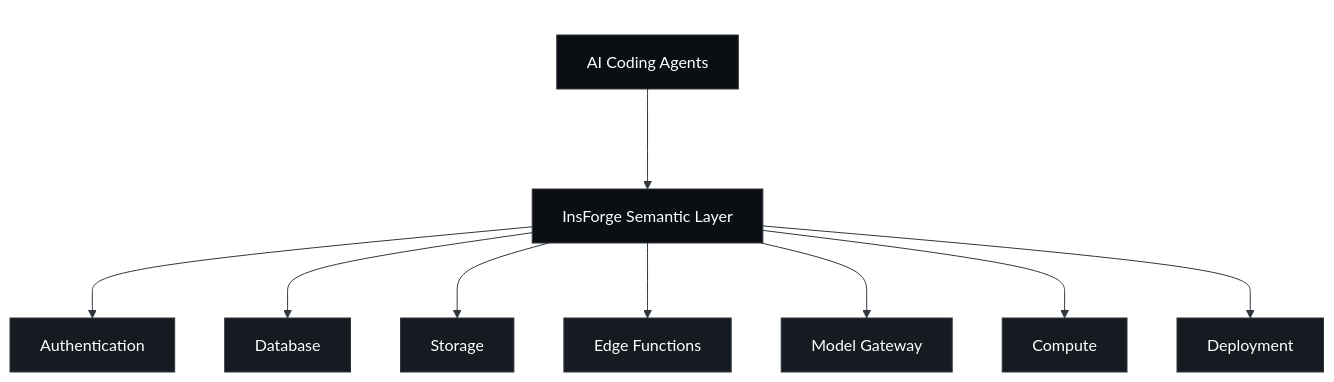
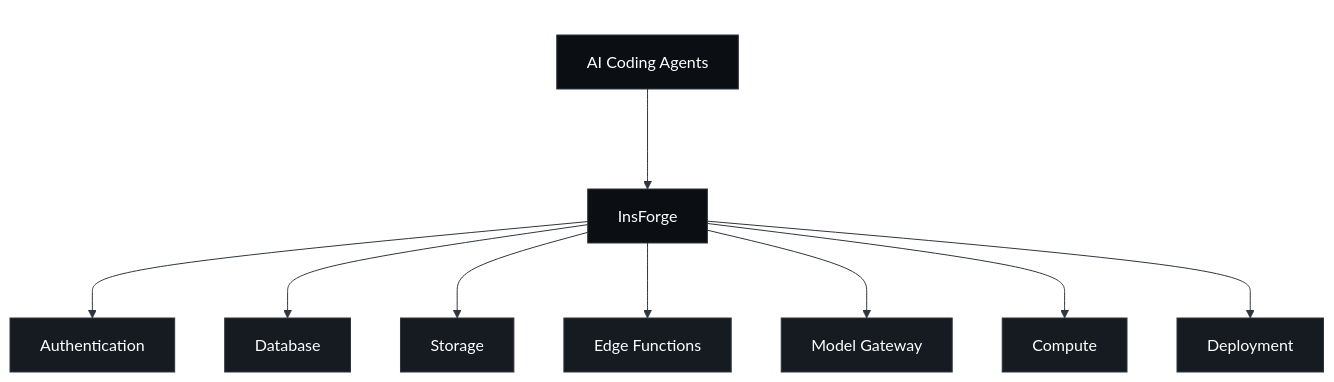
Before and after one commit to InsForge/InsForge: the diagram in README.md, drawn with Mermaid (neutral theme). The commit also changed other lines of this file, not shown here.

````diff
--- a/README.md
+++ b/README.md
@@ -56,32 +60,32 @@
 ```mermaid
 graph TB
 
     subgraph TOP[" "]
         AG[AI Coding Agents]
     end
 
     subgraph MID[" "]
-        SL[InsForge Semantic Layer]
+        SL[InsForge]
     end
 
     AG --> SL
 
     SL --> AUTH[Authentication]
     SL --> DB[Database]
     SL --> ST[Storage]
     SL --> EF[Edge Functions]
     SL --> MG[Model Gateway]
     SL --> CP[Compute]
     SL --> DEP[Deployment]
 
     classDef bar fill:#0b0f14,stroke:#30363d,stroke-width:1px,color:#ffffff
     classDef card fill:#161b22,stroke:#30363d,stroke-width:1px,color:#ffffff
 
     class AG,SL bar
     class AUTH,DB,ST,EF,MG,CP,DEP card
 
     style TOP fill:transparent,stroke:transparent
     style MID fill:transparent,stroke:transparent
 
     linkStyle default stroke:#30363d,stroke-width:1px
 ```
````
